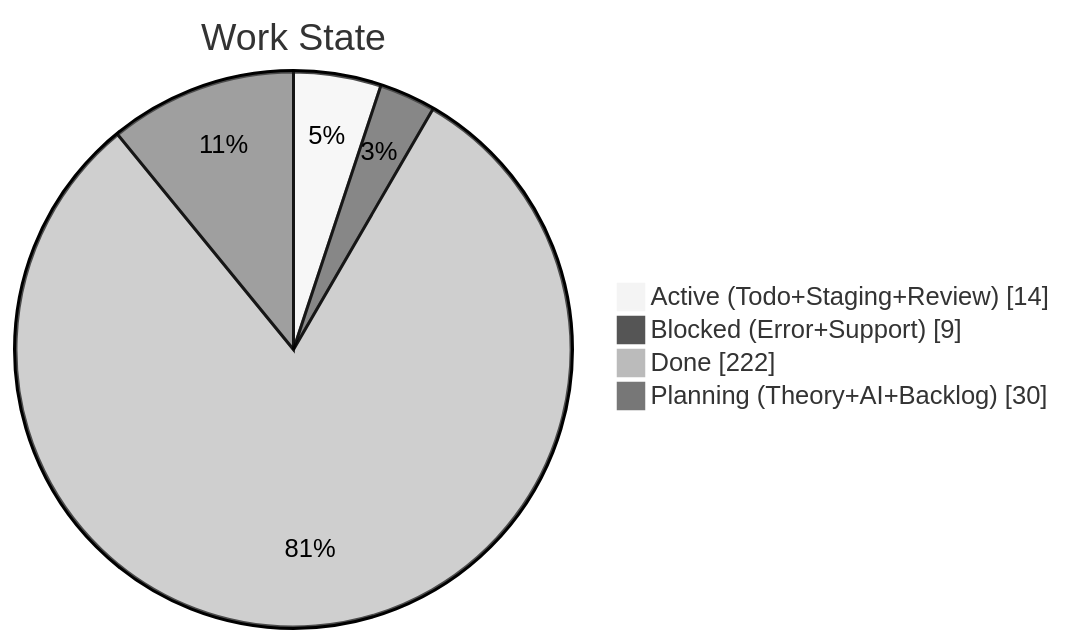
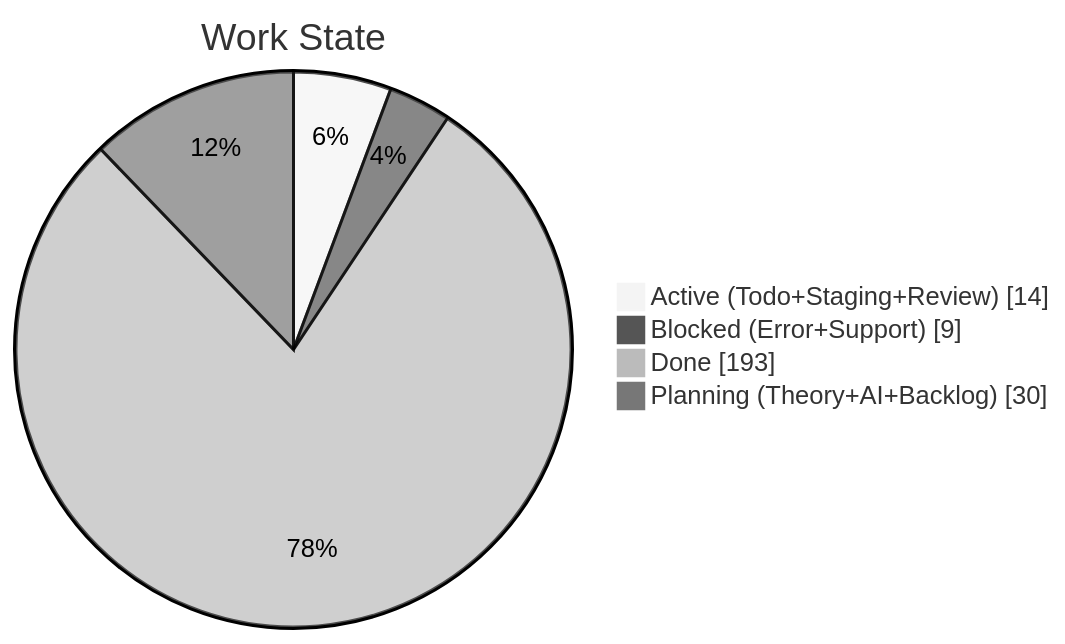
One commit to KBVE/kbve changed the second of 4 diagrams in apps/kbve/astro-kbve/src/content/docs/dashboard/kanban-data.mdx. Above: the diagram before and after it, drawn with Mermaid (neutral theme). The commit also changed other lines of this file and 7 other files, not shown here.

````diff
--- a/apps/kbve/astro-kbve/src/content/docs/dashboard/kanban-data.mdx
+++ b/apps/kbve/astro-kbve/src/content/docs/dashboard/kanban-data.mdx
@@ -68,8 +68,8 @@
 ```mermaid
 pie showData
     title Work State
     "Active (Todo+Staging+Review)" : 14
     "Blocked (Error+Support)" : 9
-    "Done" : 222
+    "Done" : 193
     "Planning (Theory+AI+Backlog)" : 30
 ```
````
